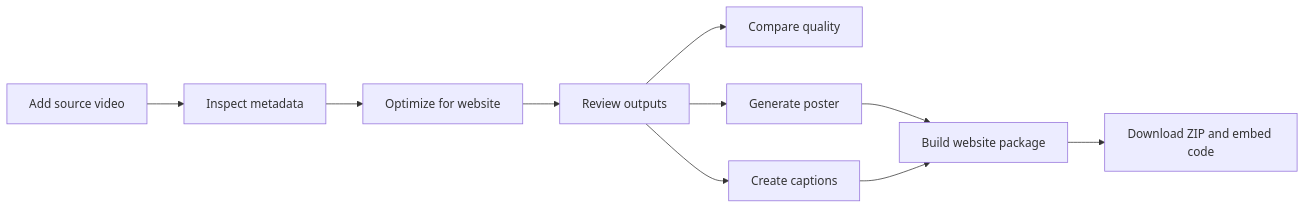
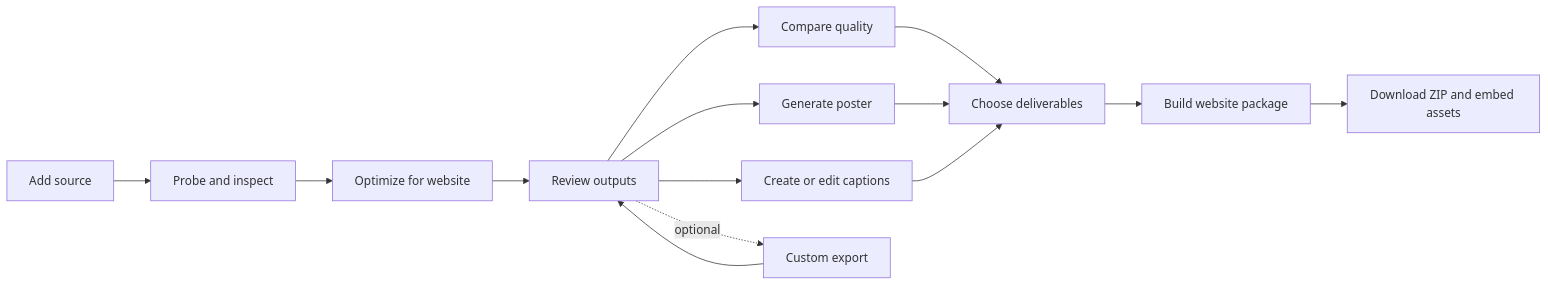
One commit to Artsen/web-video-optimizer changed the first of 3 diagrams in README.md. Above: the diagram before and after it, drawn with Mermaid. The commit also changed other lines of this file and 1 other file, not shown here.

Commit message:
docs(readme): expand product workflow and architecture overview

````diff
--- a/README.md
+++ b/README.md
@@ -76,12 +181,17 @@
 ```mermaid
 flowchart LR
-  A[Add source video] --> B[Inspect metadata]
+  A[Add source] --> B[Probe and inspect]
   B --> C[Optimize for website]
   C --> D[Review outputs]
   D --> E[Compare quality]
   D --> F[Generate poster]
-  D --> G[Create captions]
-  F --> H[Build website package]
+  D --> G[Create or edit captions]
+  E --> H[Choose deliverables]
+  F --> H
   G --> H
-  H --> I[Download ZIP and embed code]
+  H --> I[Build website package]
+  I --> J[Download ZIP and embed assets]
+
+  D -. optional .-> K[Custom export]
+  K --> D
 ```
````
